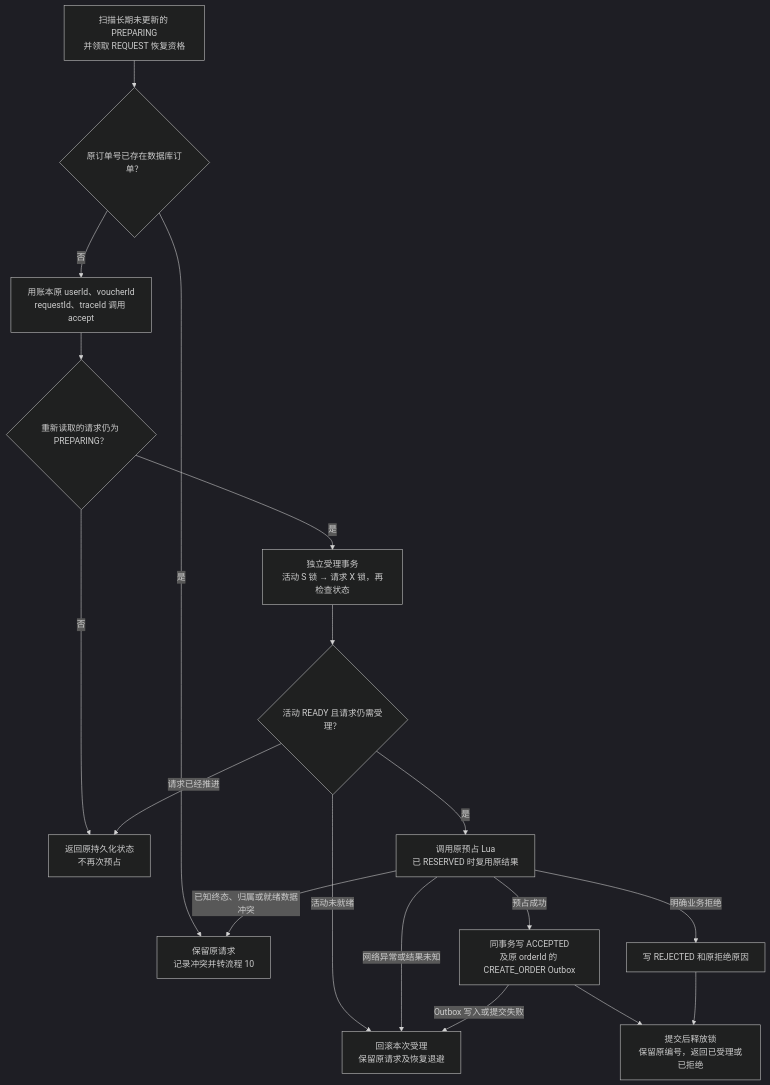
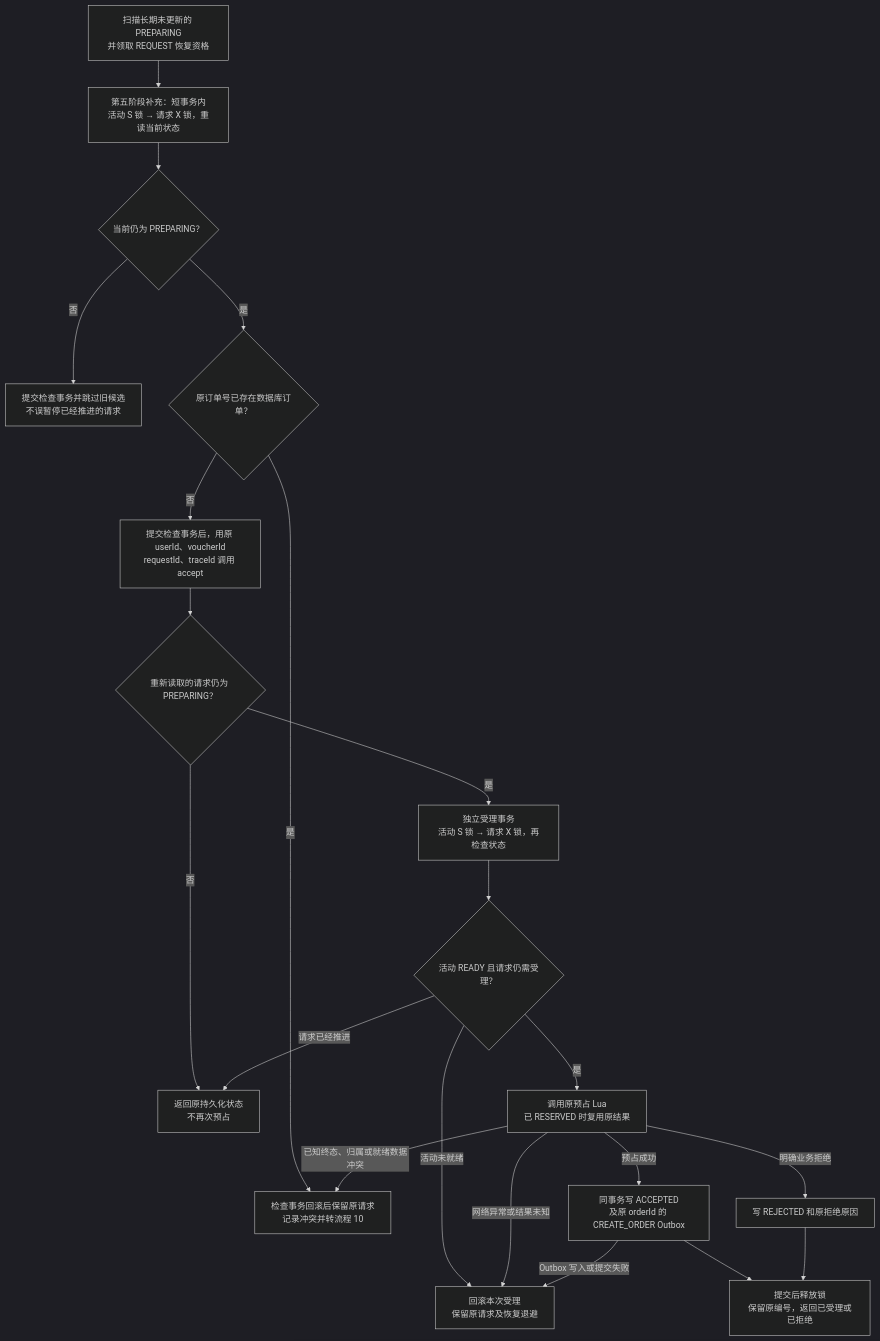
Before and after one commit to mylwin/hm-dp: the eighth of 16 diagrams in docs/optimization/order/ROCKETMQ_PHASE4_FLOWS.md, drawn with Mermaid (dark theme). The commit also changed other lines of this file and 36 other files, not shown here.

````diff
--- a/docs/optimization/order/ROCKETMQ_PHASE4_FLOWS.md
+++ b/docs/optimization/order/ROCKETMQ_PHASE4_FLOWS.md
@@ -278,20 +278,23 @@
 ```mermaid
 flowchart TD
-    A["扫描长期未更新的 PREPARING<br/>并领取 REQUEST 恢复资格"] --> B{"原订单号已存在数据库订单？"}
-    B -->|是| CONFLICT["保留原请求<br/>记录冲突并转流程 10"]
-    B -->|否| C["用账本原 userId、voucherId<br/>requestId、traceId 调用 accept"]
+    A["扫描长期未更新的 PREPARING<br/>并领取 REQUEST 恢复资格"] --> CHECK["第五阶段补充：短事务内<br/>活动 S 锁 → 请求 X 锁，重读当前状态"]
+    CHECK --> STILL{"当前仍为 PREPARING？"}
+    STILL -->|否| SKIP["提交检查事务并跳过旧候选<br/>不误暂停已经推进的请求"]
+    STILL -->|是| B{"原订单号已存在数据库订单？"}
+    B -->|是| CONFLICT["检查事务回滚后保留原请求<br/>记录冲突并转流程 10"]
+    B -->|否| C["提交检查事务后，用原 userId、voucherId<br/>requestId、traceId 调用 accept"]
     C --> D{"重新读取的请求仍为 PREPARING？"}
     D -->|否| DONE["返回原持久化状态<br/>不再次预占"]
     D -->|是| E["独立受理事务<br/>活动 S 锁 → 请求 X 锁，再检查状态"]
     E --> F{"活动 READY 且请求仍需受理？"}
     F -->|活动未就绪| WAIT["回滚本次受理<br/>保留原请求及恢复退避"]
     F -->|请求已经推进| DONE
     F -->|是| G["调用原预占 Lua<br/>已 RESERVED 时复用原结果"]
     G -->|预占成功| H["同事务写 ACCEPTED<br/>及原 orderId 的 CREATE_ORDER Outbox"]
     G -->|明确业务拒绝| R["写 REJECTED 和原拒绝原因"]
     G -->|已知终态、归属或就绪数据冲突| CONFLICT
     G -->|网络异常或结果未知| WAIT
     H --> COMMIT["提交后释放锁<br/>保留原编号，返回已受理或已拒绝"]
     R --> COMMIT
     H -->|Outbox 写入或提交失败| WAIT
 ```
````
